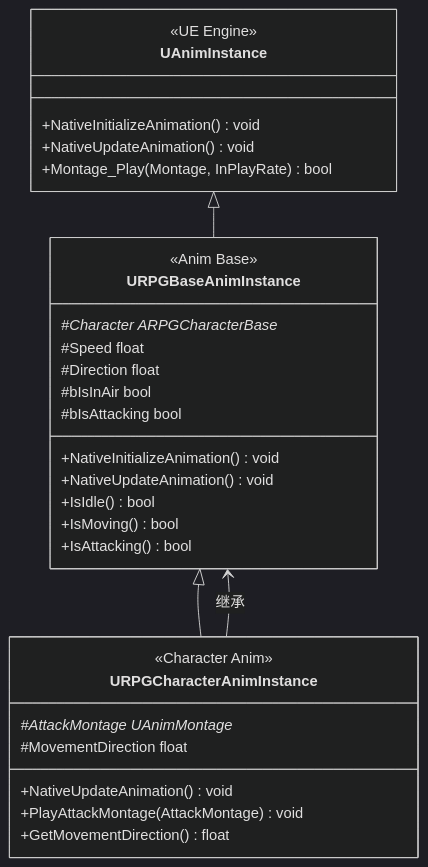
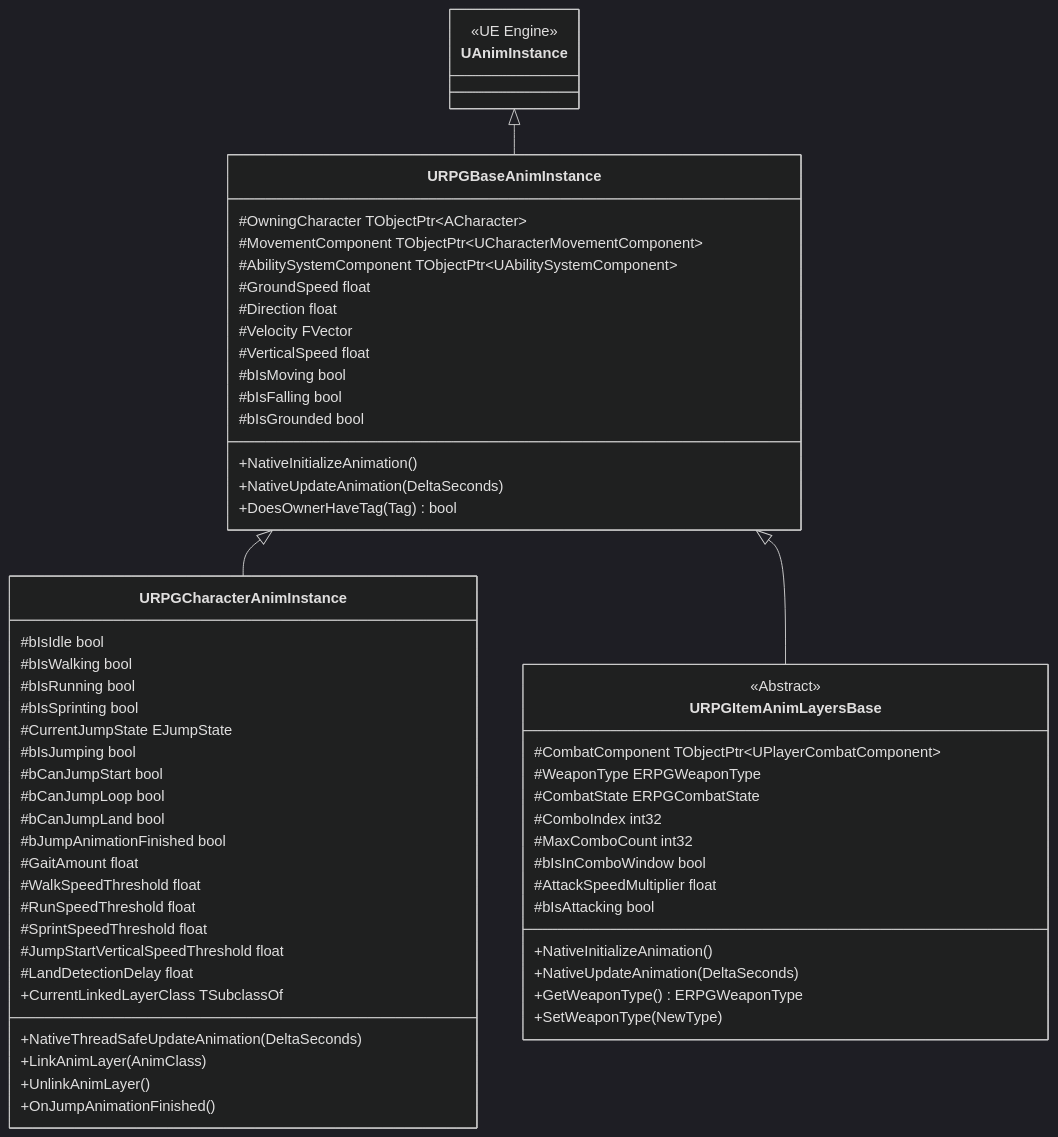
Diagram 11 of 21 in Source/Docs/DetailedDesign.md (ARK31415/RPG), drawn with Mermaid (dark theme) before and after one commit. The commit also changed other lines of this file and 11 other files, not shown here.

````diff
--- a/Source/Docs/DetailedDesign.md
+++ b/Source/Docs/DetailedDesign.md
@@ -931,36 +584,66 @@
 ```mermaid
 classDiagram
     class UAnimInstance {
         <<UE Engine>>
-        +NativeInitializeAnimation() void
-        +NativeUpdateAnimation() void
-        +Montage_Play(Montage, InPlayRate) bool
     }
     
     class URPGBaseAnimInstance {
-        <<Anim Base>>
-        +NativeInitializeAnimation() void
-        +NativeUpdateAnimation() void
-        +IsIdle() bool
-        +IsMoving() bool
-        +IsAttacking() bool
-        #Character ARPGCharacterBase*
-        #Speed float
+        +NativeInitializeAnimation()
+        +NativeUpdateAnimation(DeltaSeconds)
+        +DoesOwnerHaveTag(Tag) bool
+        #OwningCharacter TObjectPtr~ACharacter~
+        #MovementComponent TObjectPtr~UCharacterMovementComponent~
+        #AbilitySystemComponent TObjectPtr~UAbilitySystemComponent~
+        #GroundSpeed float
         #Direction float
-        #bIsInAir bool
-        #bIsAttacking bool
+        #Velocity FVector
+        #VerticalSpeed float
+        #bIsMoving bool
+        #bIsFalling bool
+        #bIsGrounded bool
     }
     
     class URPGCharacterAnimInstance {
-        <<Character Anim>>
-        +NativeUpdateAnimation() void
-        +PlayAttackMontage(AttackMontage) void
-        +GetMovementDirection() float
-        #AttackMontage UAnimMontage*
-        #MovementDirection float
+        +NativeThreadSafeUpdateAnimation(DeltaSeconds)
+        +LinkAnimLayer(AnimClass)
+        +UnlinkAnimLayer()
+        +OnJumpAnimationFinished()
+        #bIsIdle bool
+        #bIsWalking bool
+        #bIsRunning bool
+        #bIsSprinting bool
+        #CurrentJumpState EJumpState
+        #bIsJumping bool
+        #bCanJumpStart bool
+        #bCanJumpLoop bool
+        #bCanJumpLand bool
+        #bJumpAnimationFinished bool
+        #GaitAmount float
+        #WalkSpeedThreshold float
+        #RunSpeedThreshold float
+        #SprintSpeedThreshold float
+        #JumpStartVerticalSpeedThreshold float
+        #LandDetectionDelay float
+        +CurrentLinkedLayerClass TSubclassOf
+    }
+    
+    class URPGItemAnimLayersBase {
+        <<Abstract>>
+        +NativeInitializeAnimation()
+        +NativeUpdateAnimation(DeltaSeconds)
+        +GetWeaponType() ERPGWeaponType
+        +SetWeaponType(NewType)
+        #CombatComponent TObjectPtr~UPlayerCombatComponent~
+        #WeaponType ERPGWeaponType
+        #CombatState ERPGCombatState
+        #ComboIndex int32
+        #MaxComboCount int32
+        #bIsInComboWindow bool
+        #AttackSpeedMultiplier float
+        #bIsAttacking bool
     }
     
     UAnimInstance <|-- URPGBaseAnimInstance
     URPGBaseAnimInstance <|-- URPGCharacterAnimInstance
-    URPGCharacterAnimInstance --> URPGBaseAnimInstance : 继承
+    URPGBaseAnimInstance <|-- URPGItemAnimLayersBase
 ```
````
